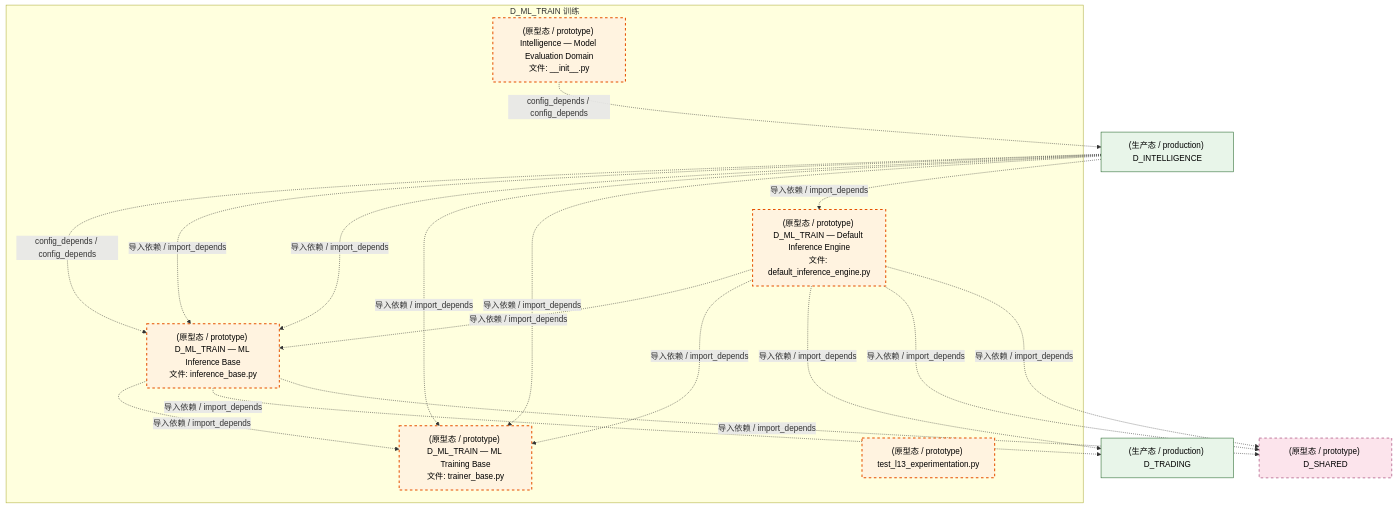
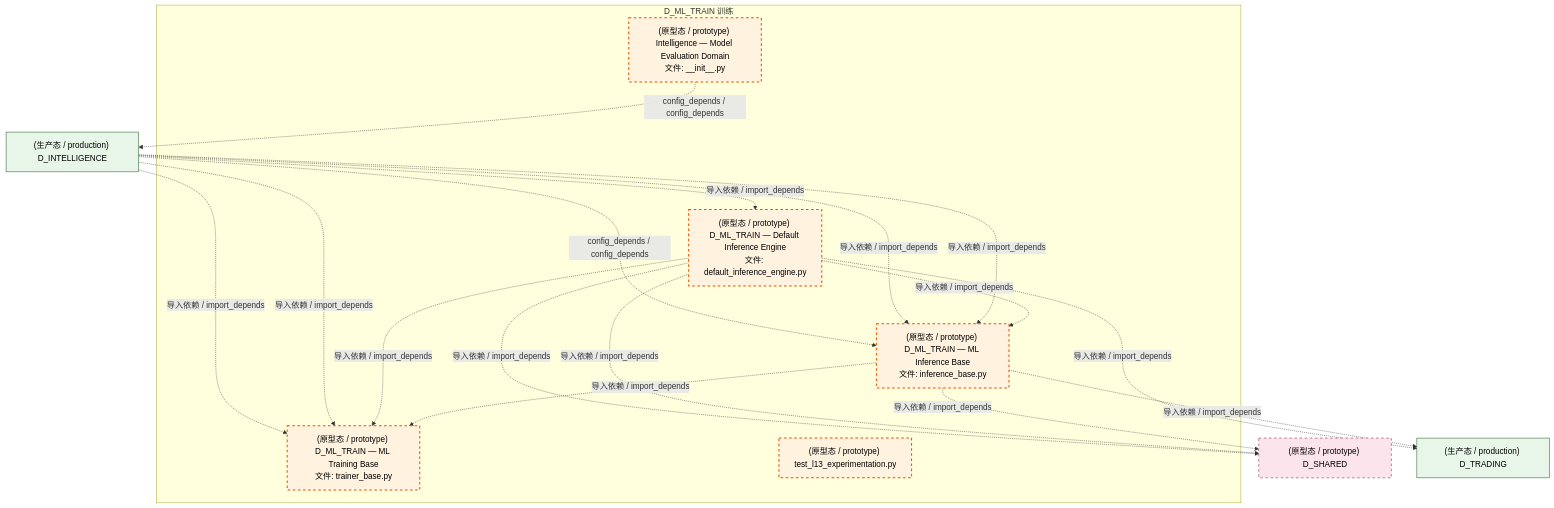
The third of 4 diagrams in docs/02_enterprise_architecture/02_domain_architecture_docs/50_d_ml_train.md (xuanFelixVan/ZephyrAlpha), drawn with Mermaid before and after one commit. The commit also changed other lines of this file and 98 other files, not shown here.

````diff
--- a/docs/02_enterprise_architecture/02_domain_architecture_docs/50_d_ml_train.md
+++ b/docs/02_enterprise_architecture/02_domain_architecture_docs/50_d_ml_train.md
@@ -137,35 +142,35 @@
 ```mermaid
 graph TD
     subgraph D_ML_TRAIN["D_ML_TRAIN 训练"]
         src_zephyr_intelligence_model_evaluation_init_py["(原型态 / prototype) Intelligence — Model Evaluation Domain<br/>文件: __init__.py"]
         src_zephyr_ml_train_implementations_default_inference_engine_py["(原型态 / prototype) D_ML_TRAIN — Default Inference Engine<br/>文件: default_inference_engine.py"]
         src_zephyr_ml_train_inference_base_py["(原型态 / prototype) D_ML_TRAIN — ML Inference Base<br/>文件: inference_base.py"]
         src_zephyr_ml_train_trainer_base_py["(原型态 / prototype) D_ML_TRAIN — ML Training Base<br/>文件: trainer_base.py"]
         tests_ml_experiment_test_l13_experimentation_py["(原型态 / prototype) test_l13_experimentation.py"]
     end
     src_zephyr_ml_train_inference_base_py -.->|导入依赖 / import_depends| src_zephyr_ml_train_trainer_base_py
     src_zephyr_ml_train_implementations_default_inference_engine_py -.->|导入依赖 / import_depends| src_zephyr_ml_train_inference_base_py
     src_zephyr_ml_train_implementations_default_inference_engine_py -.->|导入依赖 / import_depends| src_zephyr_ml_train_trainer_base_py
+    D_SHARED["(原型态 / prototype) D_SHARED"]
+    src_zephyr_ml_train_inference_base_py -.->|导入依赖 / import_depends| D_SHARED
+    src_zephyr_ml_train_implementations_default_inference_engine_py -.->|导入依赖 / import_depends| D_SHARED
+    src_zephyr_ml_train_implementations_default_inference_engine_py -.->|导入依赖 / import_depends| D_SHARED
+    D_TRADING["(生产态 / production) D_TRADING"]
+    src_zephyr_ml_train_inference_base_py -.->|导入依赖 / import_depends| D_TRADING
+    src_zephyr_ml_train_implementations_default_inference_engine_py -.->|导入依赖 / import_depends| D_TRADING
     D_INTELLIGENCE["(生产态 / production) D_INTELLIGENCE"]
     src_zephyr_intelligence_model_evaluation_init_py -.->|config_depends / config_depends| D_INTELLIGENCE
-    D_TRADING["(生产态 / production) D_TRADING"]
-    src_zephyr_ml_train_inference_base_py -.->|导入依赖 / import_depends| D_TRADING
-    D_SHARED["(原型态 / prototype) D_SHARED"]
-    src_zephyr_ml_train_inference_base_py -.->|导入依赖 / import_depends| D_SHARED
-    src_zephyr_ml_train_implementations_default_inference_engine_py -.->|导入依赖 / import_depends| D_TRADING
-    src_zephyr_ml_train_implementations_default_inference_engine_py -.->|导入依赖 / import_depends| D_SHARED
-    src_zephyr_ml_train_implementations_default_inference_engine_py -.->|导入依赖 / import_depends| D_SHARED
-    D_INTELLIGENCE -.->|config_depends / config_depends| src_zephyr_ml_train_inference_base_py
-    D_INTELLIGENCE -.->|导入依赖 / import_depends| src_zephyr_ml_train_inference_base_py
     D_INTELLIGENCE -.->|导入依赖 / import_depends| src_zephyr_ml_train_inference_base_py
     D_INTELLIGENCE -.->|导入依赖 / import_depends| src_zephyr_ml_train_trainer_base_py
+    D_INTELLIGENCE -.->|导入依赖 / import_depends| src_zephyr_ml_train_inference_base_py
+    D_INTELLIGENCE -.->|导入依赖 / import_depends| src_zephyr_ml_train_implementations_default_inference_engine_py
     D_INTELLIGENCE -.->|导入依赖 / import_depends| src_zephyr_ml_train_trainer_base_py
-    D_INTELLIGENCE -.->|导入依赖 / import_depends| src_zephyr_ml_train_implementations_default_inference_engine_py
+    D_INTELLIGENCE -.->|config_depends / config_depends| src_zephyr_ml_train_inference_base_py
     classDef production fill:#e1f5fe,stroke:#01579b,stroke-width:2px,color:#000
     classDef design fill:#fff3e0,stroke:#e65100,stroke-width:2px,color:#000,stroke-dasharray: 5 5
     classDef external_prod fill:#e8f5e9,stroke:#1b5e20,stroke-width:1px,color:#000
     classDef external_design fill:#fce4ec,stroke:#880e4f,stroke-width:1px,color:#000,stroke-dasharray: 5 5
     class src_zephyr_intelligence_model_evaluation_init_py,src_zephyr_ml_train_implementations_default_inference_engine_py,src_zephyr_ml_train_inference_base_py,src_zephyr_ml_train_trainer_base_py,tests_ml_experiment_test_l13_experimentation_py design
-    class D_INTELLIGENCE,D_TRADING external_prod
+    class D_TRADING,D_INTELLIGENCE external_prod
     class D_SHARED external_design
 ```
````
